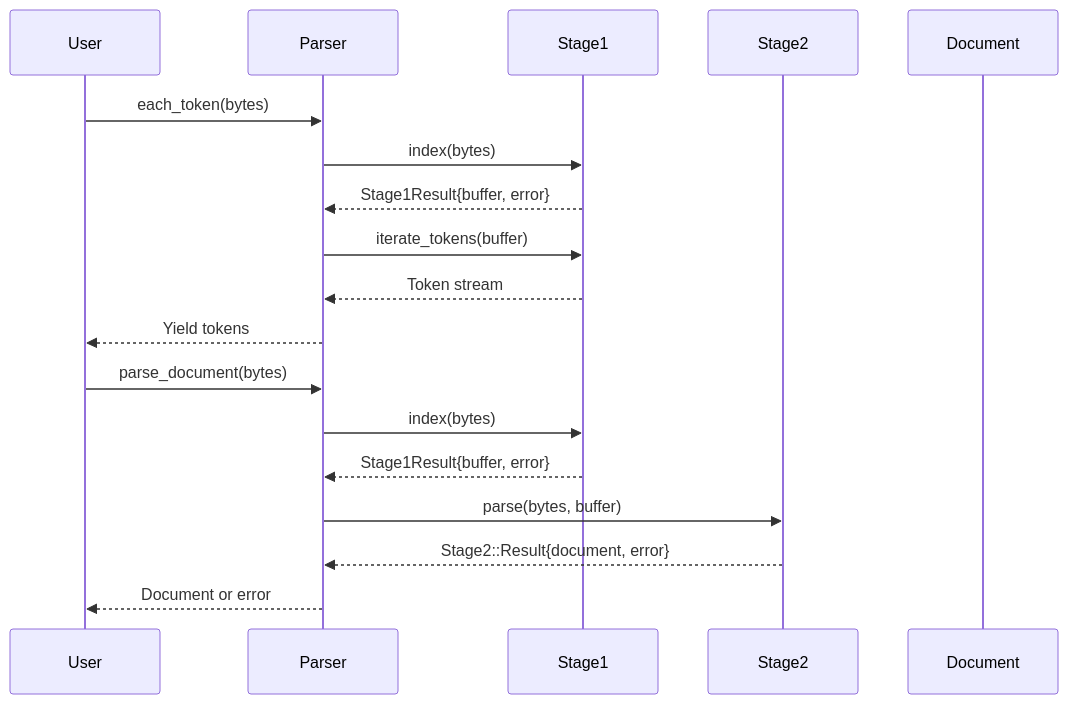
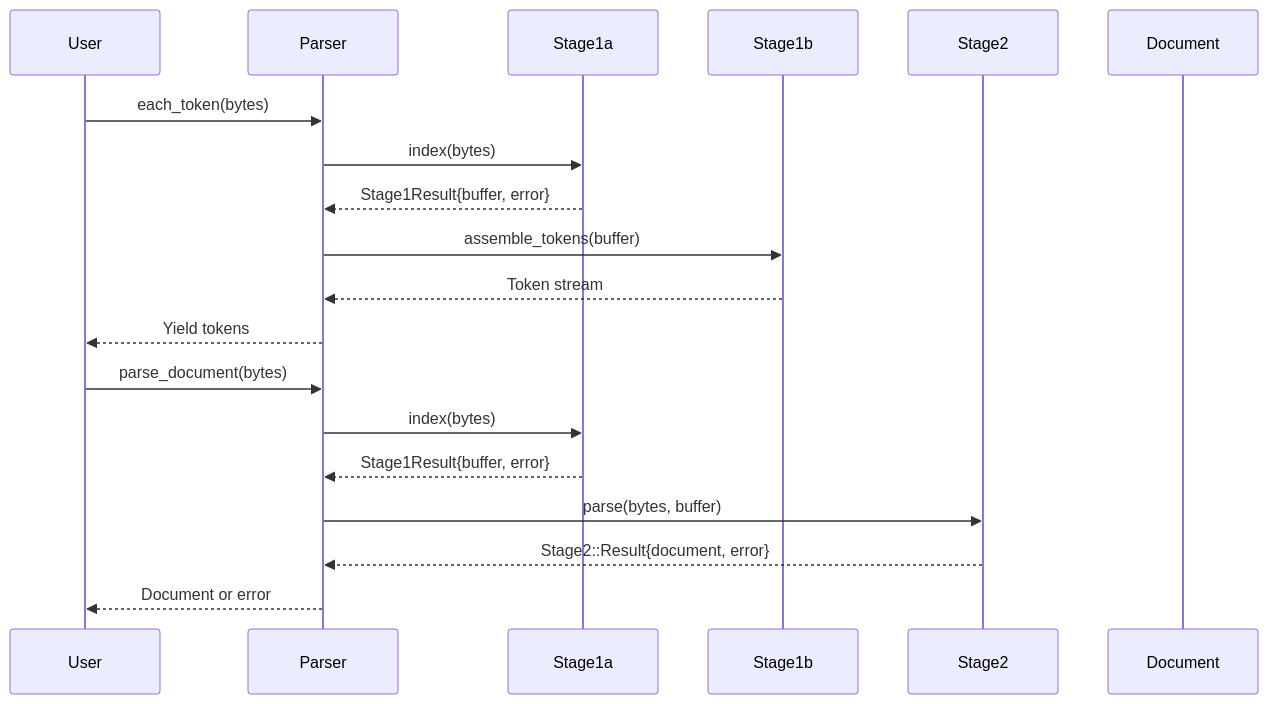
One commit to wstein/wiregram-playground changed diagram 11 of 11 in warp/README.md. Above: the diagram before and after it, drawn with Mermaid. The commit also changed other lines of this file and 14 other files, not shown here.

````diff
--- a/warp/README.md
+++ b/warp/README.md
@@ -258,22 +433,23 @@
 ```mermaid
 sequenceDiagram
     participant User
     participant Parser
-    participant Stage1
+    participant Stage1a
+    participant Stage1b
     participant Stage2
     participant Document
 
     User->>Parser: each_token(bytes)
-    Parser->>Stage1: index(bytes)
-    Stage1-->>Parser: Stage1Result{buffer, error}
-    Parser->>Stage1: iterate_tokens(buffer)
-    Stage1-->>Parser: Token stream
+    Parser->>Stage1a: index(bytes)
+    Stage1a-->>Parser: Stage1Result{buffer, error}
+    Parser->>Stage1b: assemble_tokens(buffer)
+    Stage1b-->>Parser: Token stream
     Parser-->>User: Yield tokens
 
     User->>Parser: parse_document(bytes)
-    Parser->>Stage1: index(bytes)
-    Stage1-->>Parser: Stage1Result{buffer, error}
+    Parser->>Stage1a: index(bytes)
+    Stage1a-->>Parser: Stage1Result{buffer, error}
     Parser->>Stage2: parse(bytes, buffer)
     Stage2-->>Parser: Stage2::Result{document, error}
     Parser-->>User: Document or error
 ```
````
